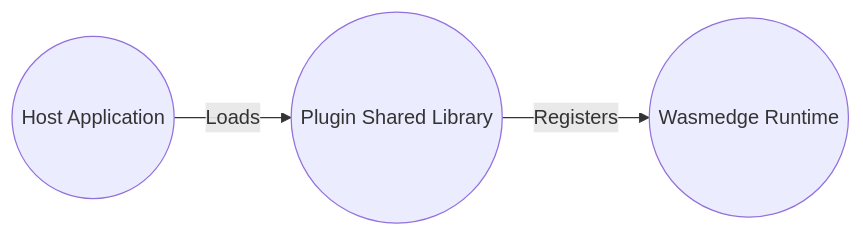
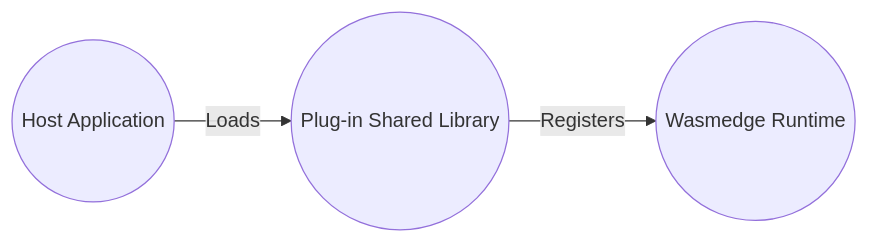
Before and after one commit to WasmEdge/docs: the first of 2 diagrams in docs/contribute/plugin/intro.md, drawn with Mermaid. The commit also changed other lines of this file and 9 other files, not shown here.

````diff
--- a/docs/contribute/plugin/intro.md
+++ b/docs/contribute/plugin/intro.md
@@ -11,5 +11,5 @@
 ```mermaid
 graph LR
-    A((Host Application)) -- Loads --> B((Plugin Shared Library))
+    A((Host Application)) -- Loads --> B((Plug-in Shared Library))
     B -- Registers --> C((Wasmedge Runtime))
 ```
````
